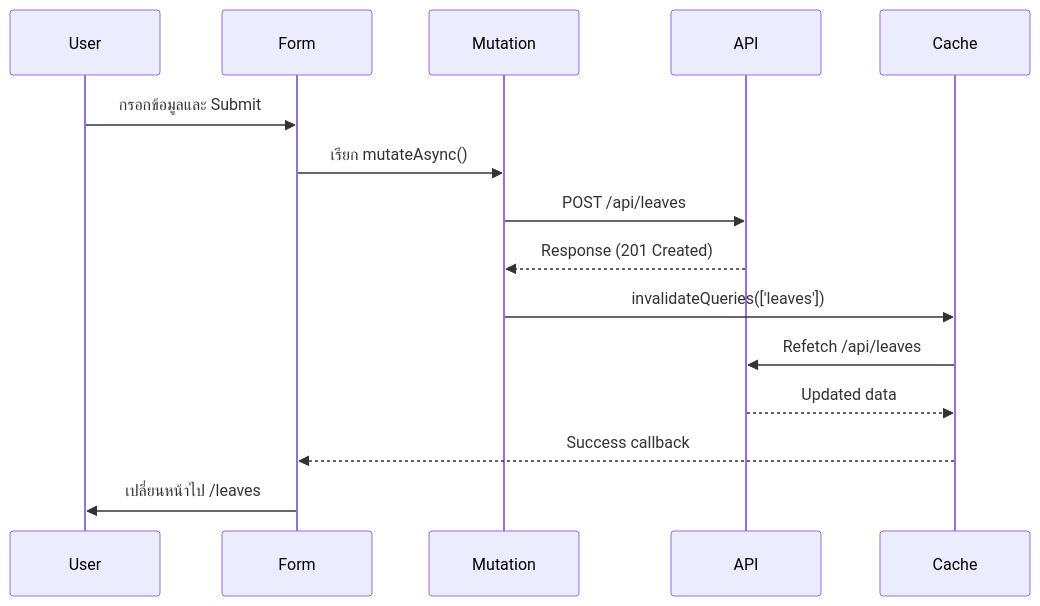
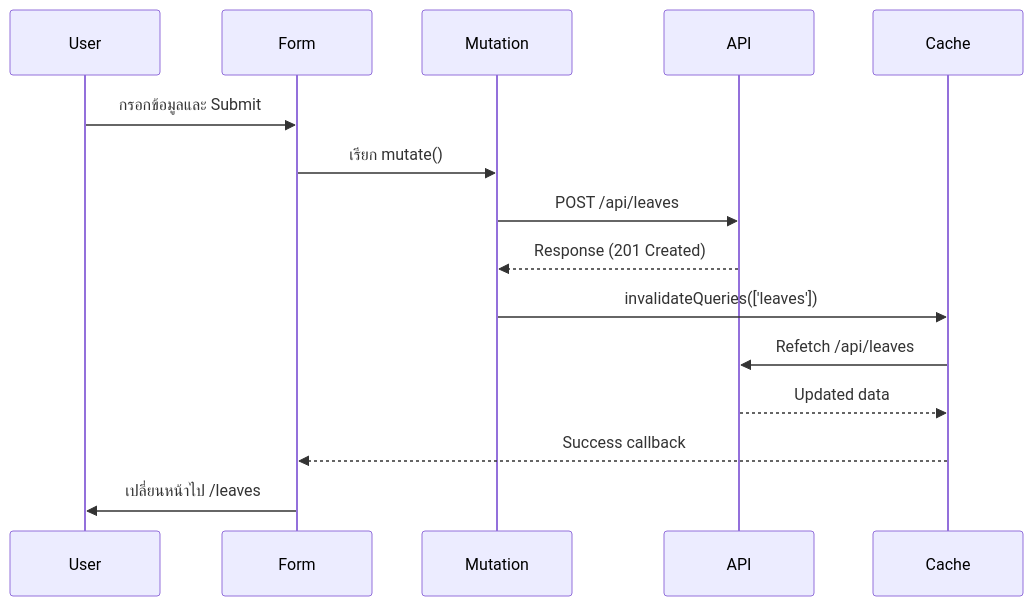
The fourth of 5 diagrams in nextjs_course/documents/32_react_query_tanstack_query.md (Watthachai/codebabel_course), drawn with Mermaid before and after one commit. The commit also changed other lines of this file and 6 other files, not shown here.

````diff
--- a/nextjs_course/documents/32_react_query_tanstack_query.md
+++ b/nextjs_course/documents/32_react_query_tanstack_query.md
@@ -291,18 +320,18 @@
 ```mermaid
 sequenceDiagram
   participant User
   participant Form
   participant Mutation
   participant API
   participant Cache
 
   User->>Form: กรอกข้อมูลและ Submit
-  Form->>Mutation: เรียก mutateAsync()
+  Form->>Mutation: เรียก mutate()
   Mutation->>API: POST /api/leaves
   API-->>Mutation: Response (201 Created)
   Mutation->>Cache: invalidateQueries(['leaves'])
   Cache->>API: Refetch /api/leaves
   API-->>Cache: Updated data
   Cache-->>Form: Success callback
   Form->>User: เปลี่ยนหน้าไป /leaves
 ```
````
